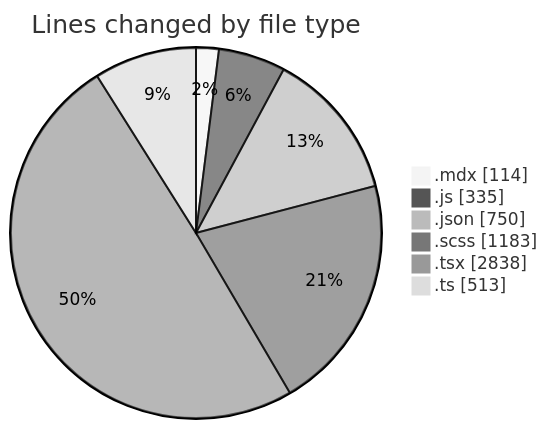
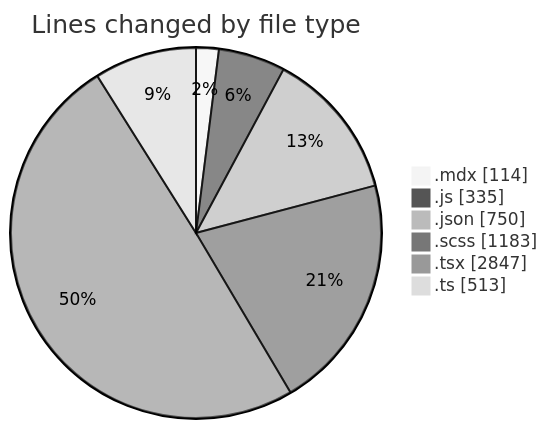
One commit to momahboobian/code-tracking changed the first of 2 diagrams in 2026-08-13/cda/README.md. Above: the diagram before and after it, drawn with Mermaid (neutral theme). The commit also changed other lines of this file and 1 other file, not shown here.

````diff
--- a/2026-08-13/cda/README.md
+++ b/2026-08-13/cda/README.md
@@ -46,10 +46,10 @@
 ```mermaid
 pie showData
 title Lines changed by file type
 ".mdx" : 114
 ".js" : 335
 ".json" : 750
 ".scss" : 1183
-".tsx" : 2838
+".tsx" : 2847
 ".ts" : 513
 ```
````
